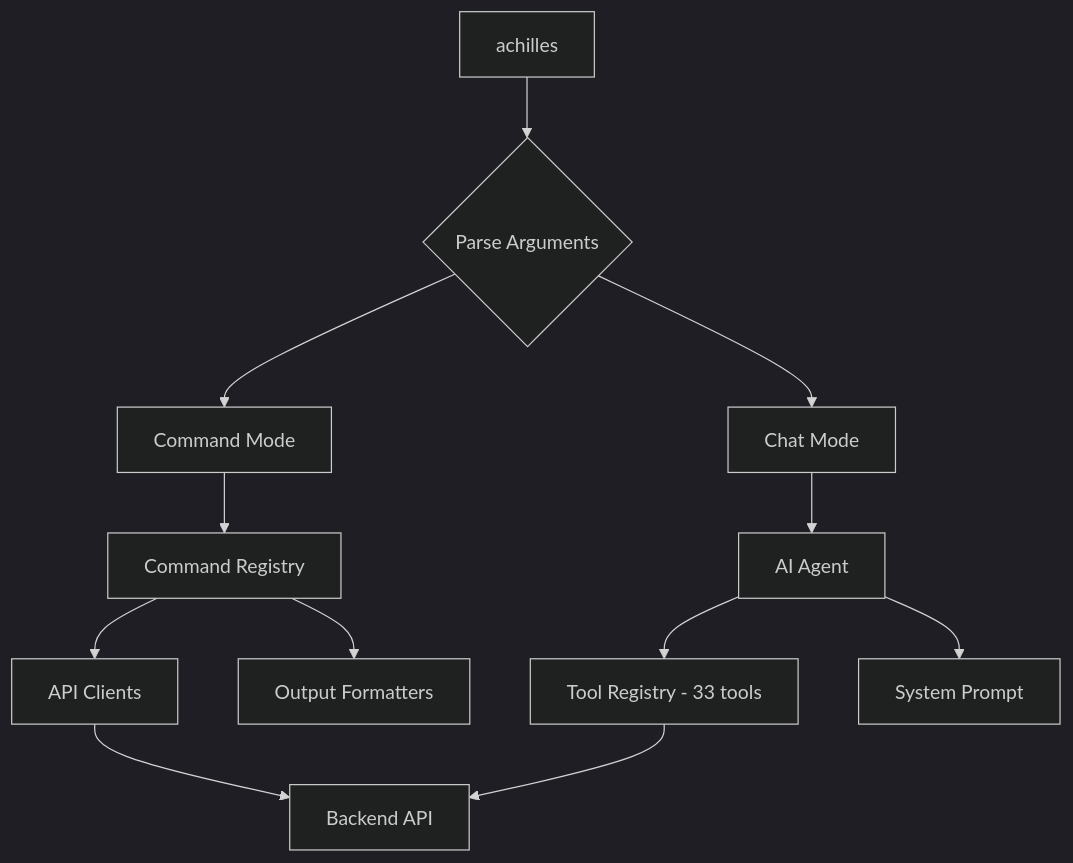
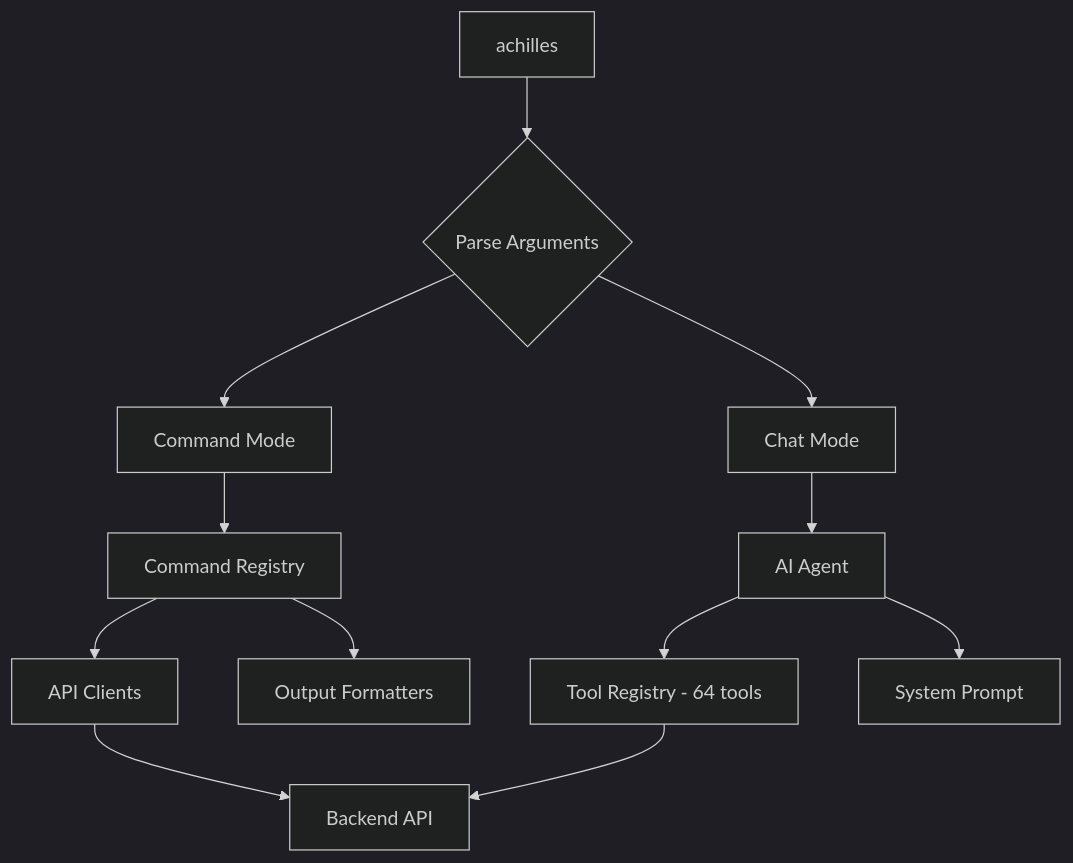
The diagram in wiki/docs/user-guide/cli/overview.md (projectachilles/ProjectAchilles), drawn with Mermaid (dark theme) before and after one commit. The commit also changed other lines of this file and 136 other files, not shown here.

````diff
--- a/wiki/docs/user-guide/cli/overview.md
+++ b/wiki/docs/user-guide/cli/overview.md
@@ -15,17 +15,17 @@
 ```mermaid
 graph TD
     A[achilles] --> B{Parse Arguments}
     B --> C[Command Mode]
     B --> D[Chat Mode]
 
     C --> E[Command Registry]
     E --> F[API Clients]
     E --> G[Output Formatters]
 
     D --> H[AI Agent]
-    H --> I[Tool Registry - 33 tools]
+    H --> I[Tool Registry - 64 tools]
     H --> J[System Prompt]
 
     F --> K[Backend API]
     I --> K
 ```
````
